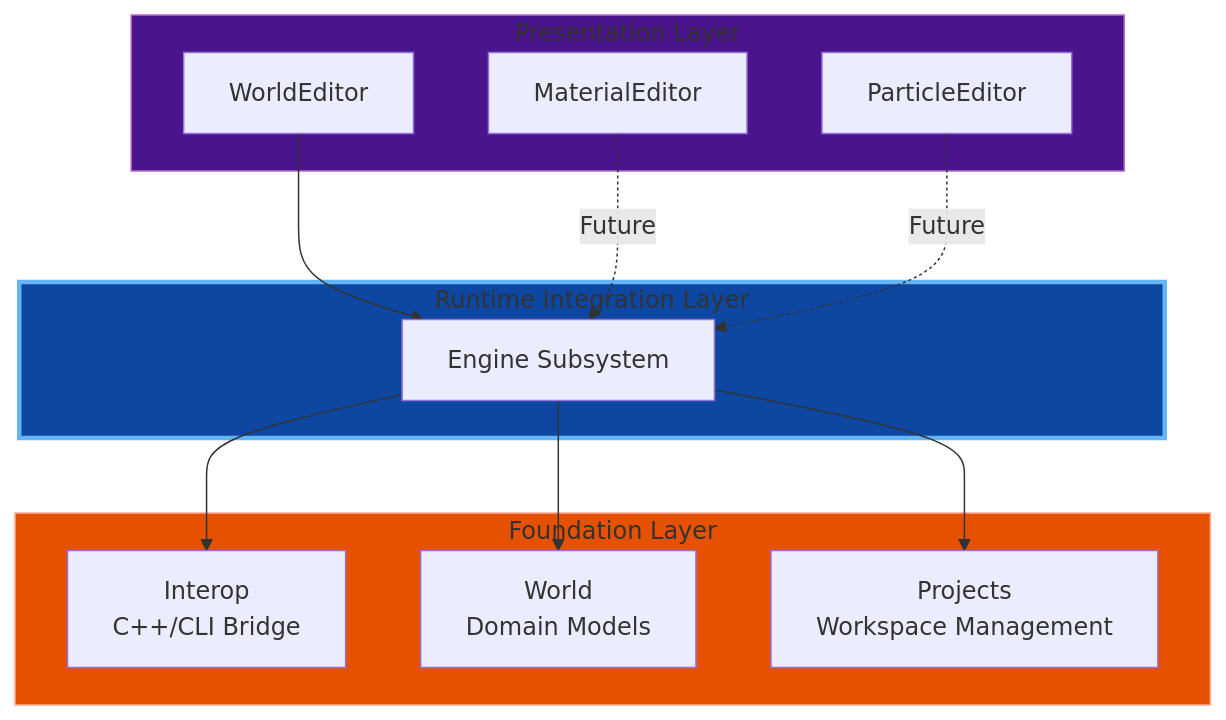
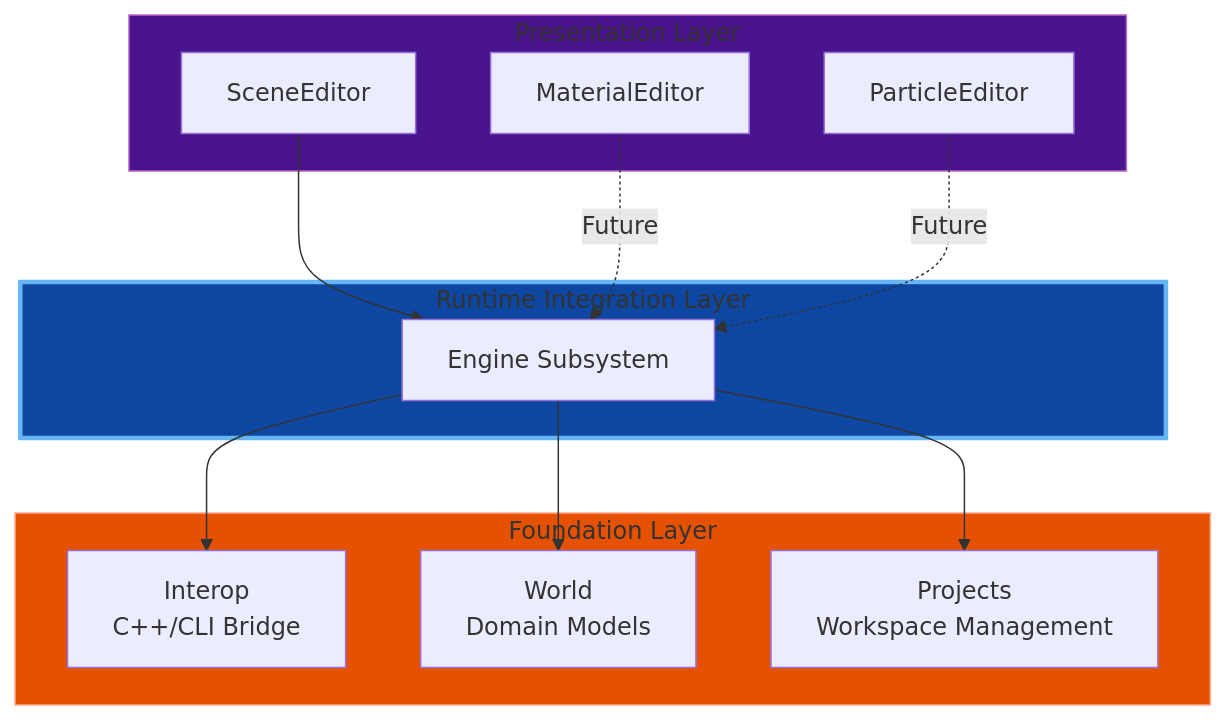
The first of 5 diagrams in projects/Oxygen.Editor.Runtime/README.md (abdes/DroidNet), drawn with Mermaid before and after one commit. The commit also changed 103 other files, not shown here.

````diff
--- a/projects/Oxygen.Editor.Runtime/README.md
+++ b/projects/Oxygen.Editor.Runtime/README.md
@@ -41,30 +41,30 @@
 ```mermaid
 graph TD
     subgraph Presentation["Presentation Layer"]
-        WE[WorldEditor]
+        WE[SceneEditor]
         ME[MaterialEditor]
         PE[ParticleEditor]
     end
 
     subgraph Runtime["Runtime Integration Layer"]
         ENG[Engine Subsystem]
     end
 
     subgraph Foundation["Foundation Layer"]
         INTEROP[Interop<br/>C++/CLI Bridge]
         WORLD[World<br/>Domain Models]
         PROJECTS[Projects<br/>Workspace Management]
     end
 
     WE --> ENG
     ME -.Future.-> ENG
     PE -.Future.-> ENG
 
     ENG --> INTEROP
     ENG --> WORLD
     ENG --> PROJECTS
 
     style Runtime fill:#0d47a1,stroke:#64b5f6,stroke-width:3px
     style Presentation fill:#4a148c,stroke:#ba68c8
     style Foundation fill:#e65100,stroke:#ffab91
 ```
````
